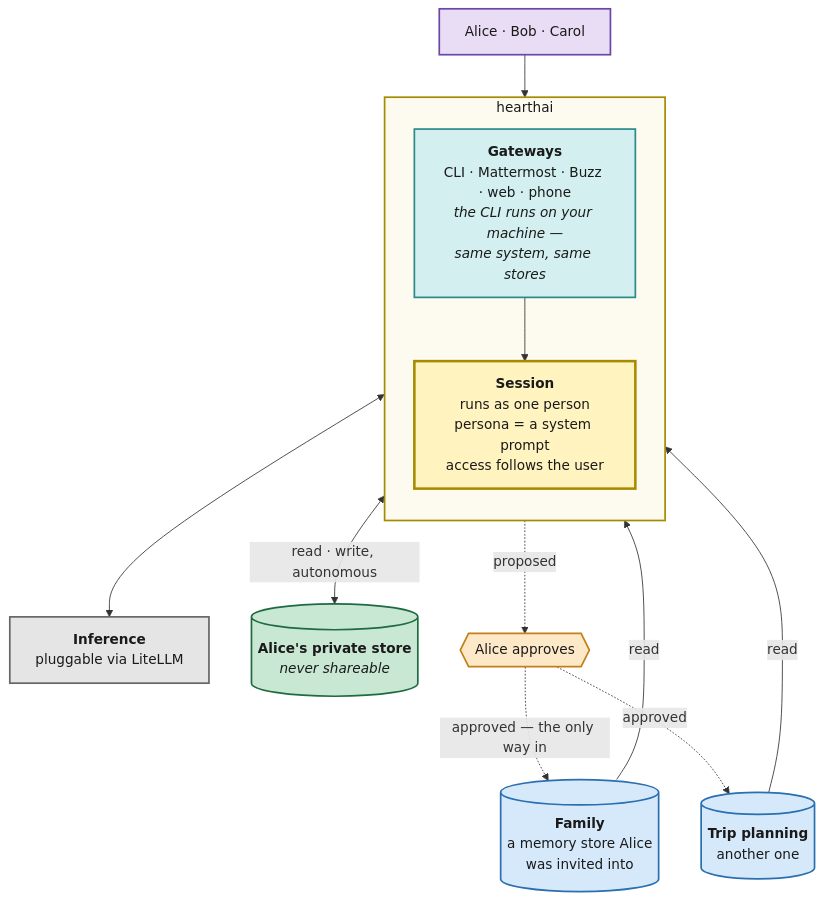
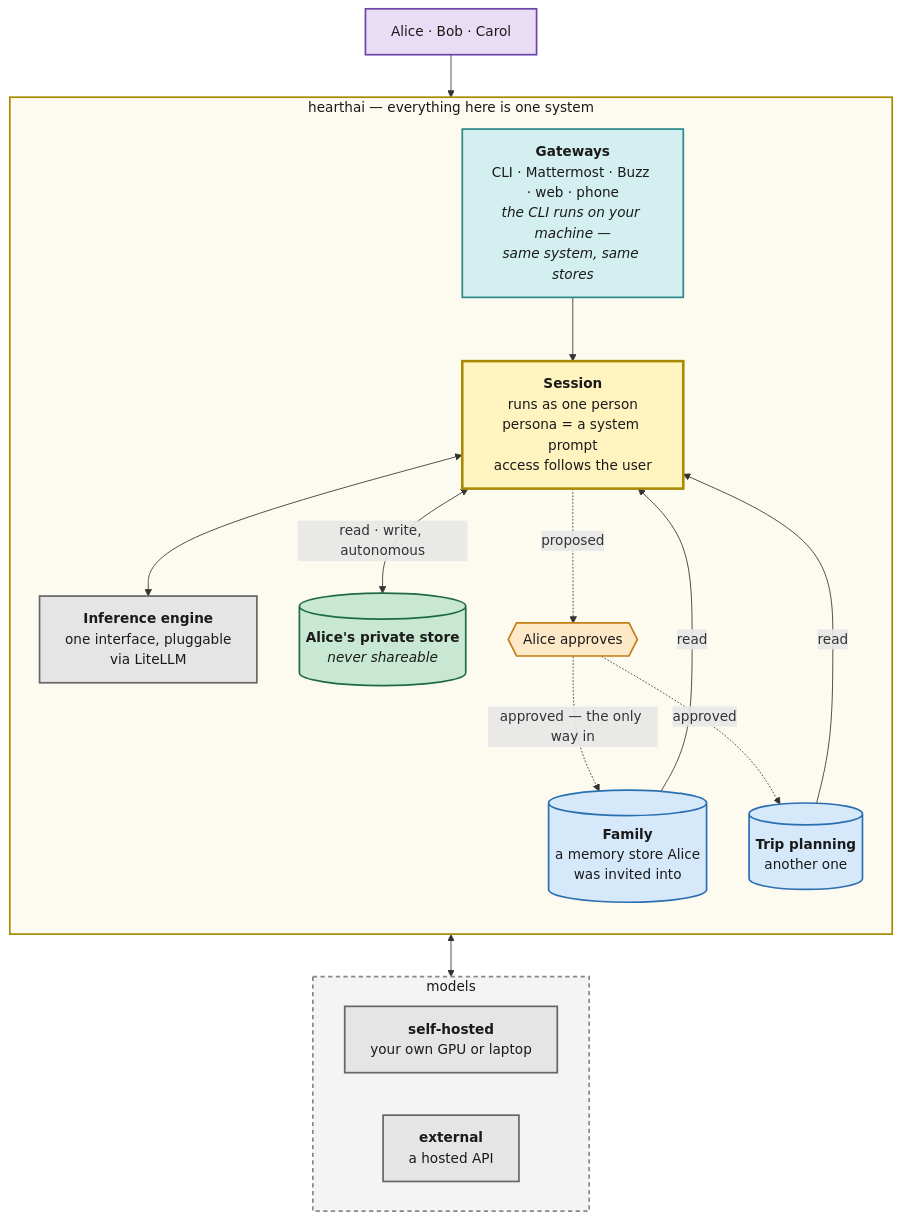
The diagram in README.md (jokajak/hearthai), drawn with Mermaid before and after one commit. The commit also changed other lines of this file, not shown here.

Commit message:
Draw hearthai as containing everything but the models
The boundary now holds the gateways, the session, the inference engine
and all the memory stores — every box is one system. Only the models sit
outside, in their own group, reached through a single seam.

Splitting them out is the point: run a model on your own GPU or laptop,
call a hosted API, or mix the two. That choice is routing rather than
architecture, which is what the pluggable inference interface buys. The
engine itself stays inside, since it is one of the six components; what
lives elsewhere is the model it routes to.

Three render passes to get there. Drawing two edges from the session to
the two model options duplicated the LiteLLM label and, worse, routed
one edge through the other node so it read as self-hosted connecting to
external. Linking the inference engine to the model group as a whole
removes the false edge and leaves one honest connection.

Claude-Session: https://claude.ai/code/session_01XSQK5H5b9L2jotvcNBKN5E

````diff
--- a/README.md
+++ b/README.md
@@ -23,35 +23,43 @@
 ```mermaid
 flowchart TB
     U["Alice · Bob · Carol"]:::person
 
-    subgraph HAI["hearthai"]
+    subgraph HAI["hearthai — everything here is one system"]
         direction TB
         GW["<b>Gateways</b><br/>CLI · Mattermost · Buzz · web · phone<br/><i>the CLI runs on your machine —<br/>same system, same stores</i>"]:::ui
         CORE["<b>Session</b><br/>runs as one person<br/>persona = a system prompt<br/>access follows the user"]:::core
+        PRIV[("<b>Alice's private store</b><br/><i>never shareable</i>")]:::priv
+        OK{{"Alice approves"}}:::gate
+        SH1[("<b>Family</b><br/>a memory store Alice<br/>was invited into")]:::shared
+        SH2[("<b>Trip planning</b><br/>another one")]:::shared
+        INF["<b>Inference engine</b><br/>one interface, pluggable<br/>via LiteLLM"]:::inf
+
         GW --> CORE
+        CORE <--> INF
+        CORE <-->|"read · write, autonomous"| PRIV
+        SH1 -->|read| CORE
+        SH2 -->|read| CORE
+        CORE -. "proposed" .-> OK
+        OK -. "approved — the only way in" .-> SH1
+        OK -. "approved" .-> SH2
     end
 
-    INF["<b>Inference</b><br/>pluggable via LiteLLM"]:::inf
-    PRIV[("<b>Alice's private store</b><br/><i>never shareable</i>")]:::priv
-    SH1[("<b>Family</b><br/>a memory store Alice<br/>was invited into")]:::shared
-    SH2[("<b>Trip planning</b><br/>another one")]:::shared
-    OK{{"Alice approves"}}:::gate
+    subgraph MODELS["models"]
+        direction LR
+        SELF["<b>self-hosted</b><br/>your own GPU or laptop"]:::inf
+        EXT["<b>external</b><br/>a hosted API"]:::inf
+    end
 
     U --> GW
-    CORE <--> INF
-    CORE <-->|"read · write, autonomous"| PRIV
-    SH1 -->|read| CORE
-    SH2 -->|read| CORE
-    CORE -. "proposed" .-> OK
-    OK -. "approved — the only way in" .-> SH1
-    OK -. "approved" .-> SH2
+    INF <--> MODELS
 
     classDef person fill:#e8ddf5,stroke:#6b46a8,stroke-width:2px,color:#1a1a1a
     classDef ui fill:#d3efef,stroke:#2a8a8a,stroke-width:2px,color:#1a1a1a
     classDef gate fill:#fde9c8,stroke:#c47f17,stroke-width:2px,color:#1a1a1a
     classDef core fill:#fff3bf,stroke:#a68b00,stroke-width:3px,color:#1a1a1a
     classDef inf fill:#e5e5e5,stroke:#666666,stroke-width:2px,color:#1a1a1a
     classDef priv fill:#c9e8d4,stroke:#1f6b41,stroke-width:2px,color:#1a1a1a
     classDef shared fill:#d6e9fb,stroke:#2a6fb0,stroke-width:2px,color:#1a1a1a
     style HAI fill:#fdfaf0,stroke:#a68b00,stroke-width:2px,color:#1a1a1a
+    style MODELS fill:#f4f4f4,stroke:#888888,stroke-width:2px,stroke-dasharray:5 4,color:#1a1a1a
 ```
````
